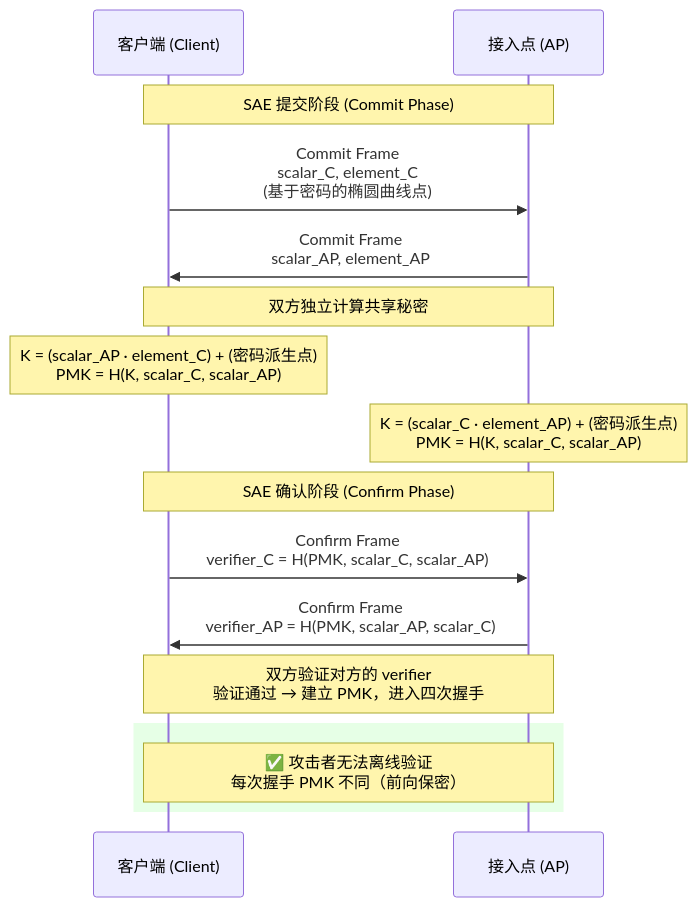
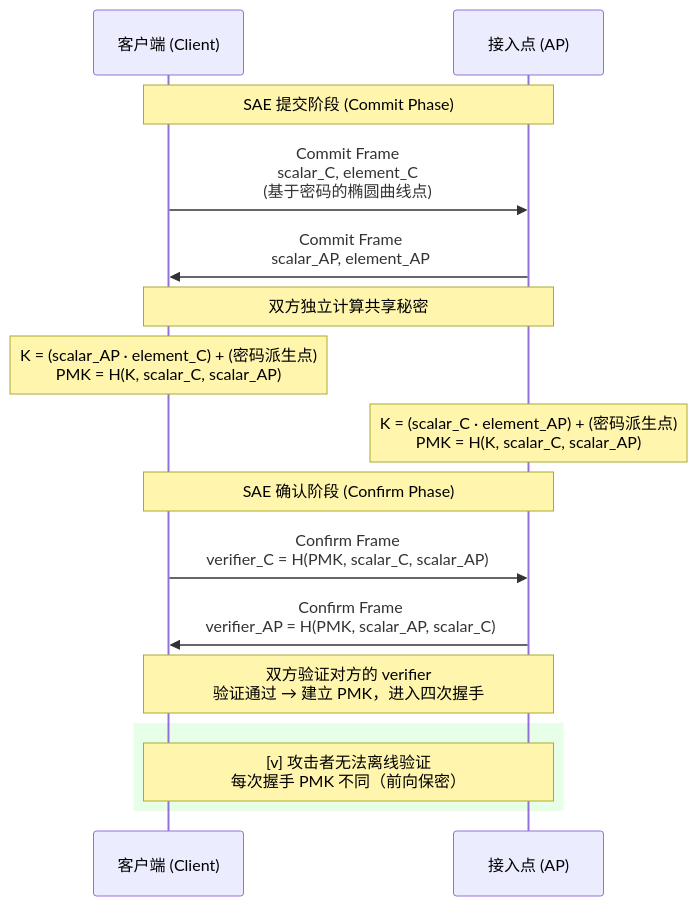
The first of 4 diagrams in docs/guide/wireless/wifi-security.md (SKT-Shurima/NetworkMastery), drawn with Mermaid before and after one commit. The commit also changed other lines of this file and 54 other files, not shown here.

````diff
--- a/docs/guide/wireless/wifi-security.md
+++ b/docs/guide/wireless/wifi-security.md
@@ -65,25 +65,25 @@
 ```mermaid
 sequenceDiagram
     participant C as 客户端 (Client)
     participant AP as 接入点 (AP)
     
     Note over C,AP: SAE 提交阶段 (Commit Phase)
     
     C->>AP: Commit Frame<br/>scalar_C, element_C<br/>(基于密码的椭圆曲线点)
     AP->>C: Commit Frame<br/>scalar_AP, element_AP
     
     Note over C,AP: 双方独立计算共享秘密
     Note over C: K = (scalar_AP · element_C) + (密码派生点)<br/>PMK = H(K, scalar_C, scalar_AP)
     Note over AP: K = (scalar_C · element_AP) + (密码派生点)<br/>PMK = H(K, scalar_C, scalar_AP)
     
     Note over C,AP: SAE 确认阶段 (Confirm Phase)
     
     C->>AP: Confirm Frame<br/>verifier_C = H(PMK, scalar_C, scalar_AP)
     AP->>C: Confirm Frame<br/>verifier_AP = H(PMK, scalar_AP, scalar_C)
     
     Note over C,AP: 双方验证对方的 verifier<br/>验证通过 → 建立 PMK，进入四次握手
     
     rect rgb(230, 255, 230)
-        Note over C,AP: ✅ 攻击者无法离线验证<br/>每次握手 PMK 不同（前向保密）
+        Note over C,AP: [v] 攻击者无法离线验证<br/>每次握手 PMK 不同（前向保密）
     end
 ```
````
